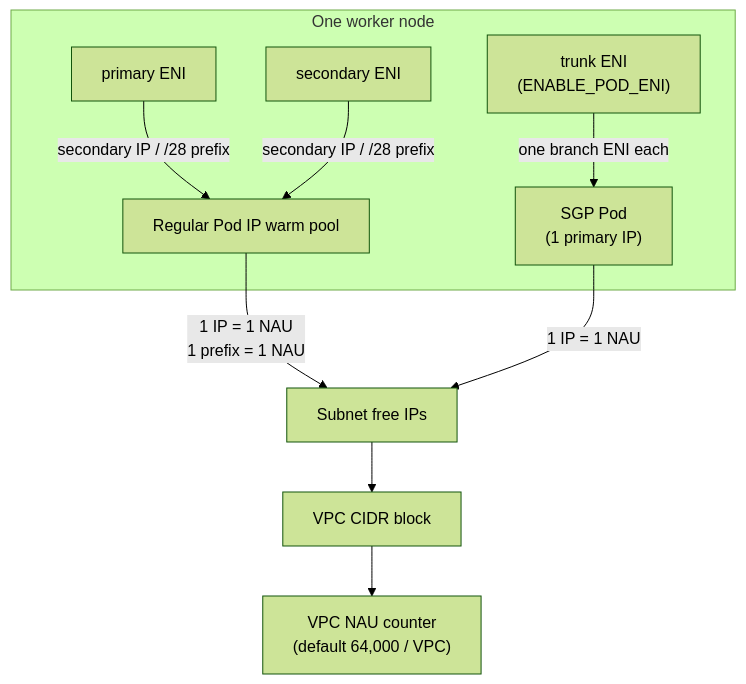
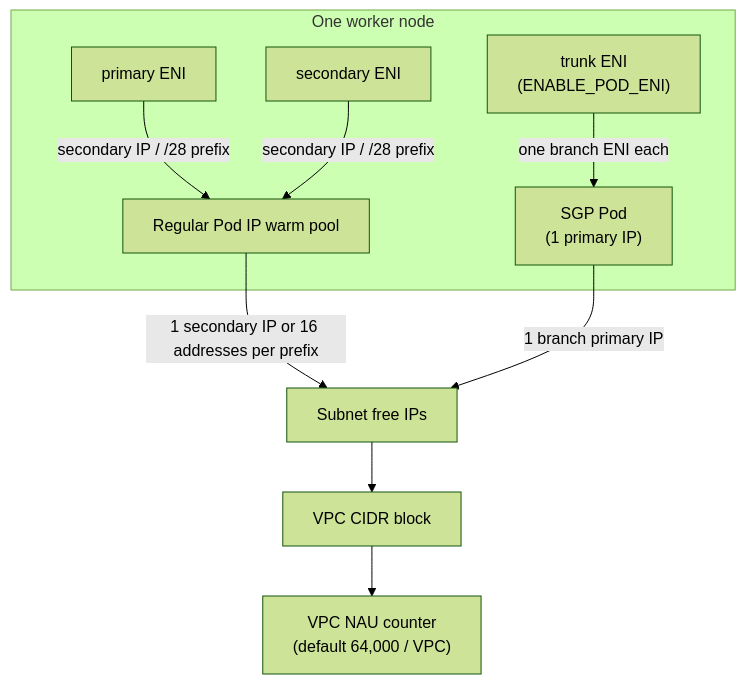
One commit to devfloor9/engineering-playbook changed the diagram in i18n/en/docusaurus-plugin-content-docs/current/eks-best-practices/networking-performance/ip-capacity-planning-karpenter.md. Above: the diagram before and after it, drawn with Mermaid (forest theme). The commit also changed other lines of this file and 10 other files, not shown here.

````diff
--- a/i18n/en/docusaurus-plugin-content-docs/current/eks-best-practices/networking-performance/ip-capacity-planning-karpenter.md
+++ b/i18n/en/docusaurus-plugin-content-docs/current/eks-best-practices/networking-performance/ip-capacity-planning-karpenter.md
@@ -51,15 +51,15 @@
 ```mermaid
 flowchart TB
     subgraph NODE["One worker node"]
         PENI["primary ENI"]
         SENI["secondary ENI"]
         TENI["trunk ENI<br/>(ENABLE_POD_ENI)"]
         PENI -->|secondary IP / /28 prefix| POOL["Regular Pod IP warm pool"]
         SENI -->|secondary IP / /28 prefix| POOL
         TENI -->|one branch ENI each| BR["SGP Pod<br/>(1 primary IP)"]
     end
-    POOL -->|1 IP = 1 NAU<br/>1 prefix = 1 NAU| SUBNET["Subnet free IPs"]
-    BR -->|1 IP = 1 NAU| SUBNET
+    POOL -->|1 secondary IP or 16 addresses per prefix| SUBNET["Subnet free IPs"]
+    BR -->|1 branch primary IP| SUBNET
     SUBNET --> CIDR["VPC CIDR block"]
     CIDR --> NAU["VPC NAU counter<br/>(default 64,000 / VPC)"]
 ```
````
